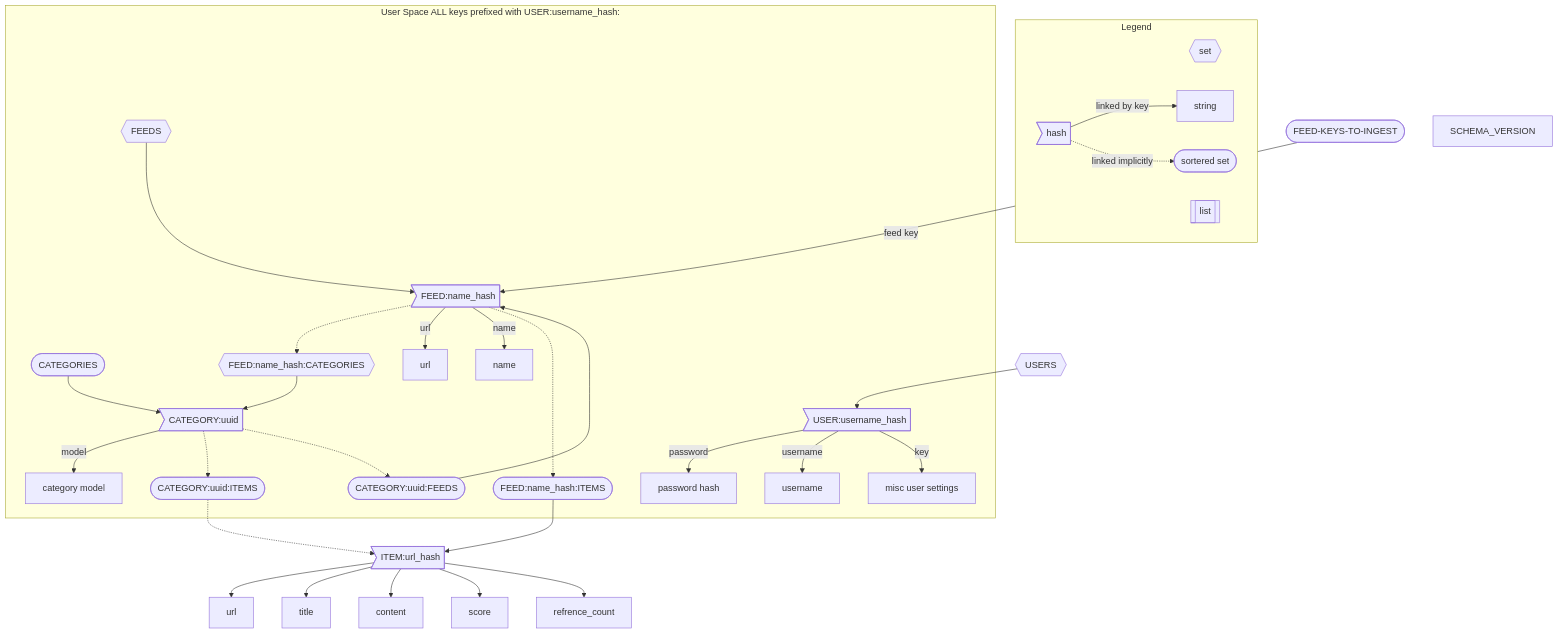
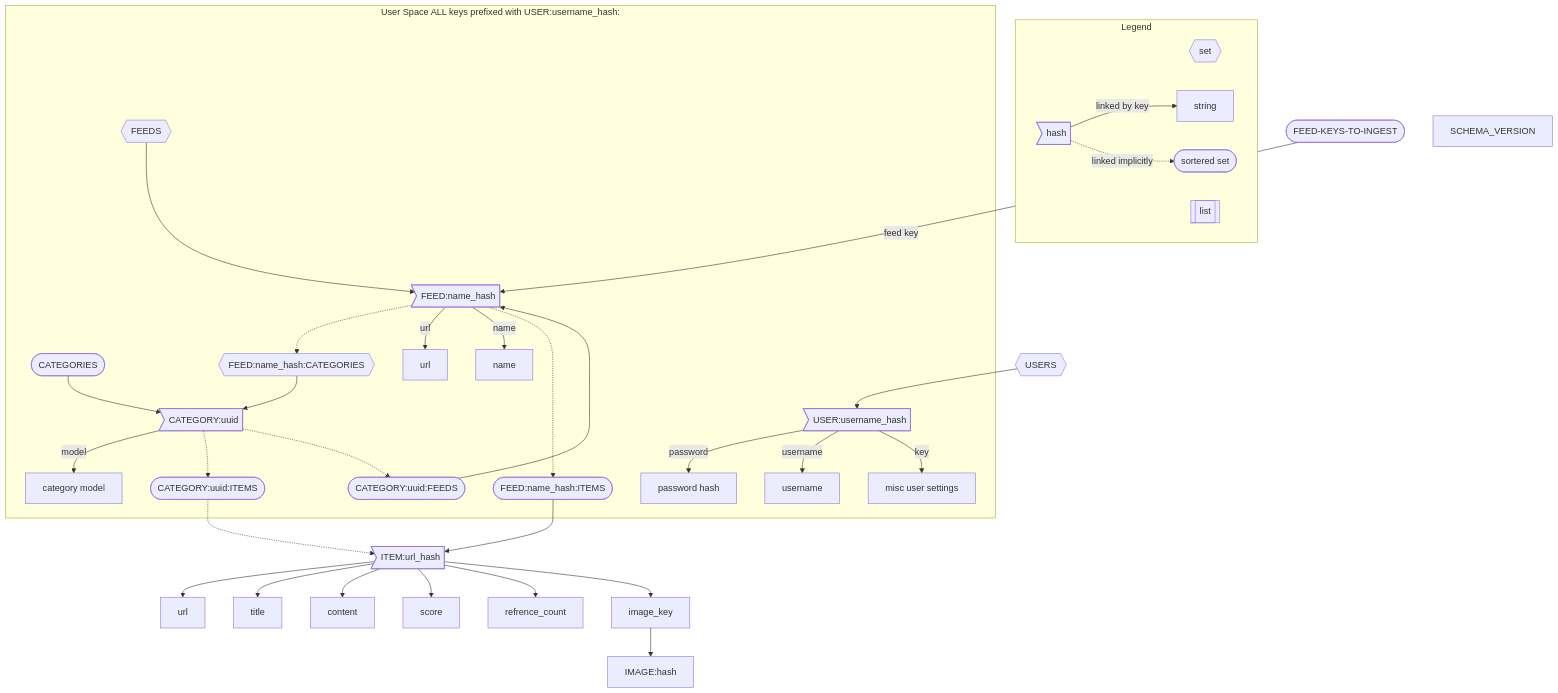
The diagram in README.md (mullinmax/aggy), drawn with Mermaid before and after one commit. The commit also changed 5 other files, not shown here.

````diff
--- a/README.md
+++ b/README.md
@@ -24,63 +24,64 @@
 ```mermaid
 flowchart TB
     feeds_to_ingest([FEED-KEYS-TO-INGEST]) --feed key--> feed
     
     subgraph Legend
         direction LR
         set{{set}}
         sorted_set([sortered set])
         string[string]
         hash>hash]
         list[[list]]
         hash --linked by key-->string
         hash -.linked implicitly.-> sorted_set
     end
 
     subgraph User Space ALL keys prefixed with USER:username_hash:
         user>USER:username_hash] 
         user--password--> password_hash[password hash]
         user--username--> username[username]
         user--key-->misc_user_settings[misc user settings]
         
         categories([CATEGORIES])
         category>CATEGORY:uuid]
         category_model[category model]
         category_feeds([CATEGORY:uuid:FEEDS])
         category_items([CATEGORY:uuid:ITEMS])
         feed_categories{{FEED:name_hash:CATEGORIES}}
         feeds{{FEEDS}}
         feed>FEED:name_hash]
         feed_url[url]
         feed_name[name]
         items([FEED:name_hash:ITEMS])
 
         
         categories --> category
         
         category --model--> category_model
         category -.-> category_items
         category -.-> category_feeds
         category_feeds --> feed
         feeds --> feed
         feed -.-> feed_categories
         feed_categories --> category
         feed --url--> feed_url
         feed --name--> feed_name
         feed -.-> items
 
         
     end
 
     items-->item
     category_items -.-> item
     item>ITEM:url_hash]
     item-->url
     item-->title
     item-->content
     item-->score
     item-->refrence_count
+    item--> image_key
+    image_key-->image[IMAGE:hash]
     schema_version[SCHEMA_VERSION]
     users{{USERS}} --> user
-    
 
 ```
````
